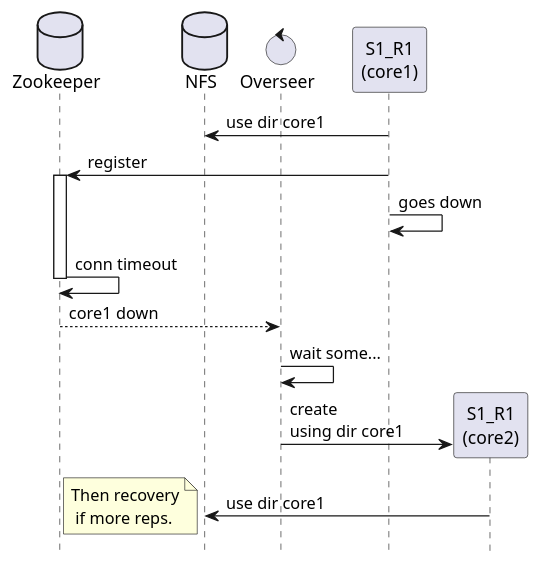
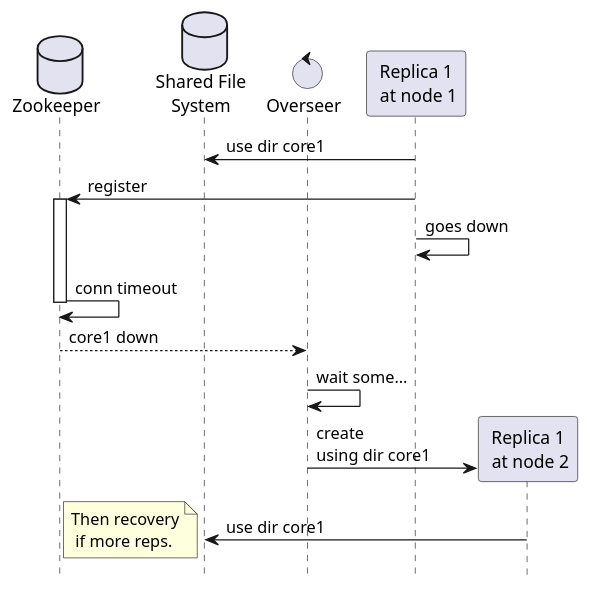
The diagram in autoaddreplica.puml (manokovacs/solr-internals), drawn with PlantUML before and after one commit. The commit also changed 3 other files, not shown here.

```diff
--- a/autoaddreplica.puml
+++ b/autoaddreplica.puml
@@ -1,23 +1,23 @@
 @startuml
 hide footbox
 database "Zookeeper" as zk
-database "NFS" as nfs
+database "Shared File\nSystem" as nfs
 control "Overseer" as os
-participant "S1_R1\n(core1)" as n1
+participant "Replica 1\n at node 1" as n1
 
 n1->nfs: use dir core1
 n1->zk:register
 activate zk
 n1->n1: goes down
 zk->zk: conn timeout
 deactivate zk
 zk-->os: core1 down
 os->os: wait some...
-create participant "S1_R1\n(core2)" as n2
+create participant "Replica 1\n at node 2" as n2
 os->n2: create \nusing dir core1
 n2->nfs:use dir core1
 note left: Then recovery\n if more reps.
 
 
 
 @enduml
```
